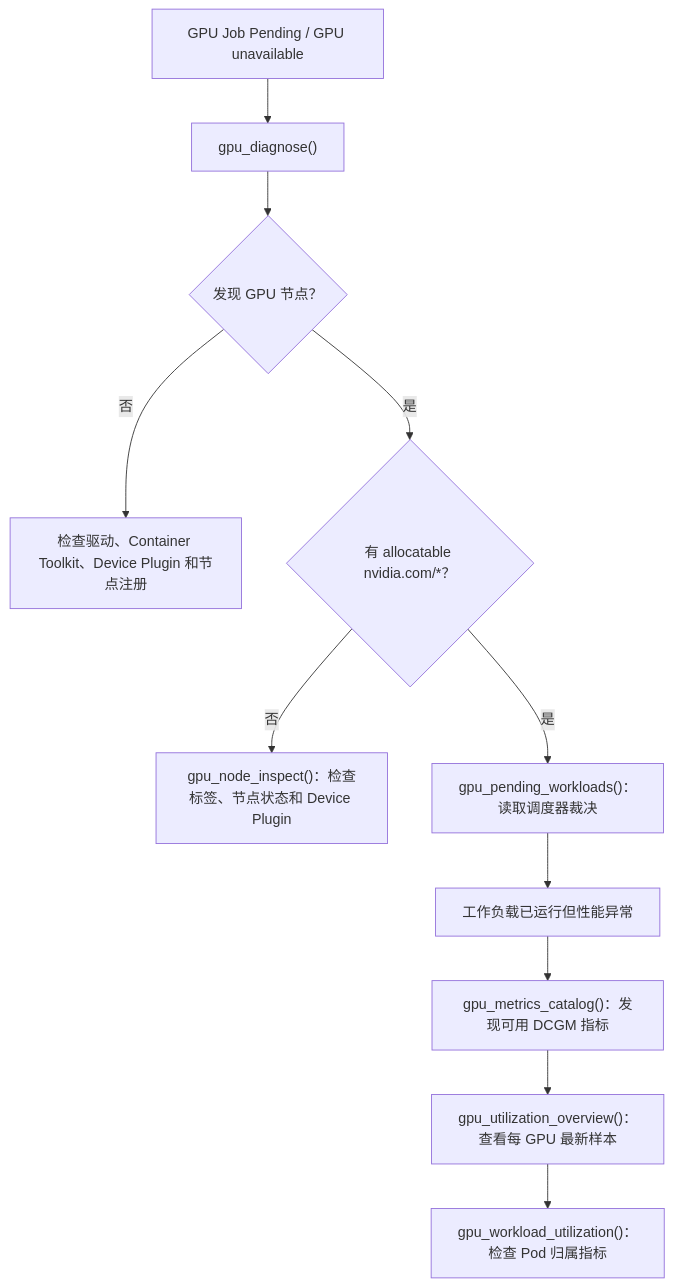
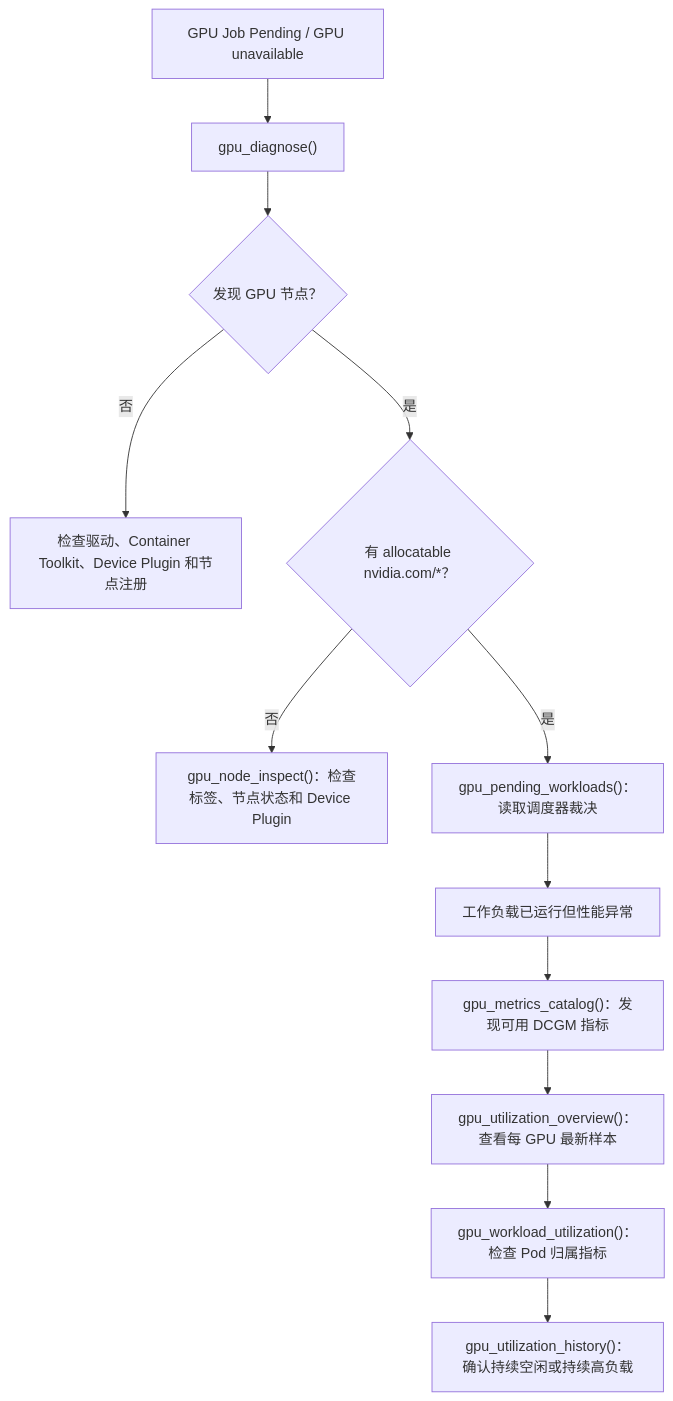
The diagram in docs/gpu.md (bilbilmyc/k8s-mcp), drawn with Mermaid before and after one commit. The commit also changed other lines of this file and 14 other files, not shown here.

Commit message:
feat: add bounded GPU utilization history

````diff
--- a/docs/gpu.md
+++ b/docs/gpu.md
@@ -98,13 +113,14 @@
 ```mermaid
 flowchart TD
     A["GPU Job Pending / GPU unavailable"] --> B["gpu_diagnose()"]
     B --> C{"发现 GPU 节点？"}
     C -- 否 --> D["检查驱动、Container Toolkit、Device Plugin 和节点注册"]
     C -- 是 --> E{"有 allocatable nvidia.com/*？"}
     E -- 否 --> F["gpu_node_inspect()：检查标签、节点状态和 Device Plugin"]
     E -- 是 --> G["gpu_pending_workloads()：读取调度器裁决"]
     G --> H["工作负载已运行但性能异常"]
     H --> I["gpu_metrics_catalog()：发现可用 DCGM 指标"]
     I --> J["gpu_utilization_overview()：查看每 GPU 最新样本"]
     J --> K["gpu_workload_utilization()：检查 Pod 归属指标"]
+    K --> L["gpu_utilization_history()：确认持续空闲或持续高负载"]
 ```
````
